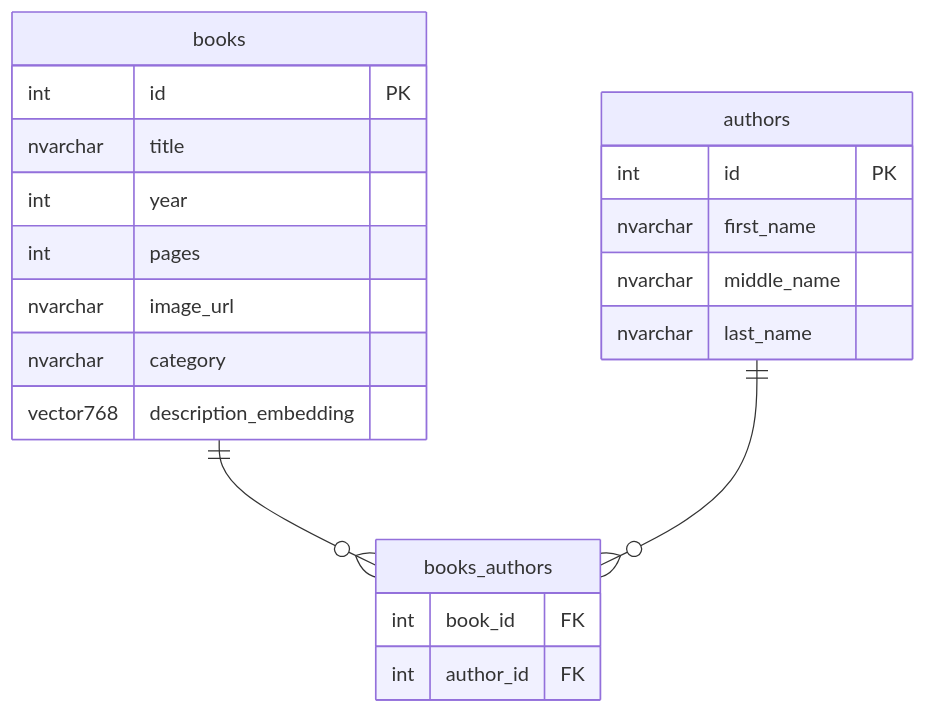
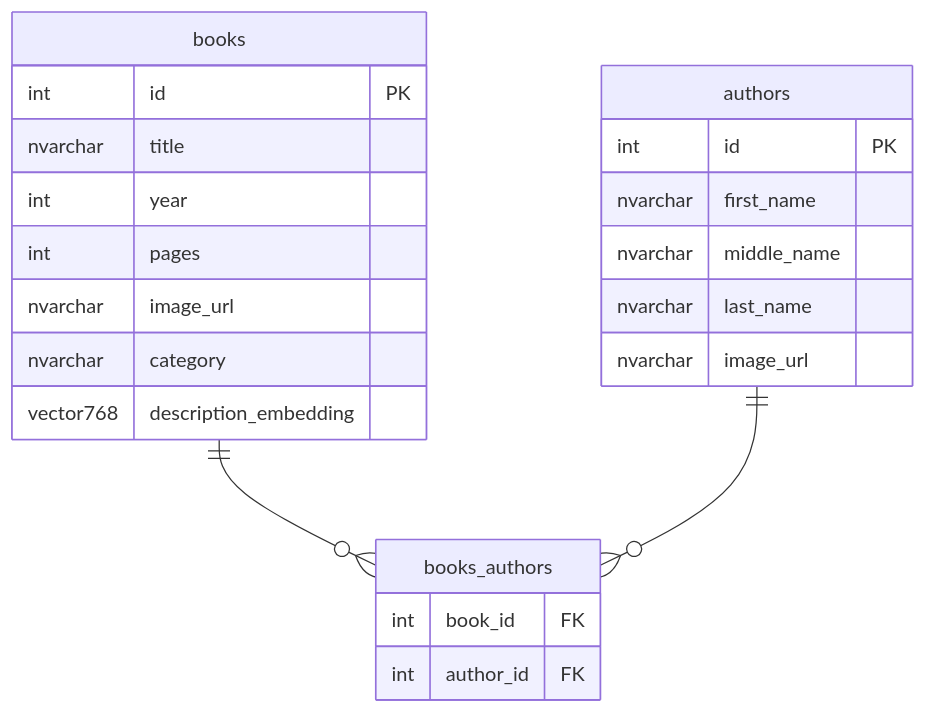
One commit to croblesm/library-app changed the second of 2 diagrams in README.md. Above: the diagram before and after it, drawn with Mermaid. The commit also changed other lines of this file and 14 other files, not shown here.

````diff
--- a/README.md
+++ b/README.md
@@ -388,27 +412,28 @@
 ```mermaid
 erDiagram
     books ||--o{ books_authors : ""
     authors ||--o{ books_authors : ""
 
     books {
         int id PK
         nvarchar title
         int year
         int pages
         nvarchar image_url
         nvarchar category
         vector768 description_embedding
     }
 
     authors {
         int id PK
         nvarchar first_name
         nvarchar middle_name
         nvarchar last_name
+        nvarchar image_url
     }
 
     books_authors {
         int book_id FK
         int author_id FK
     }
 ```
````
